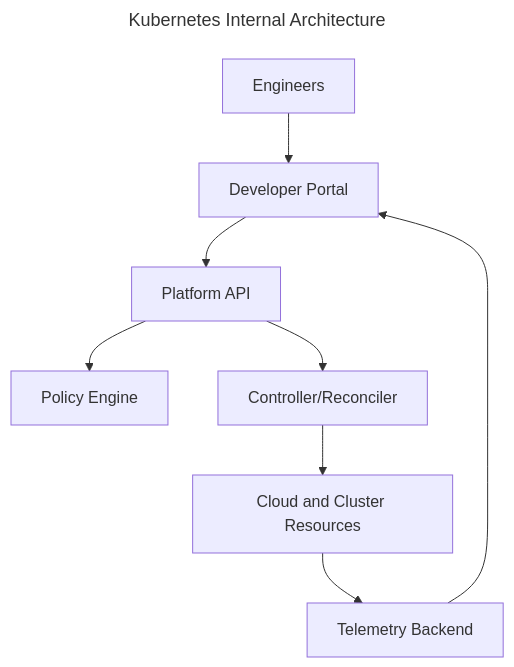
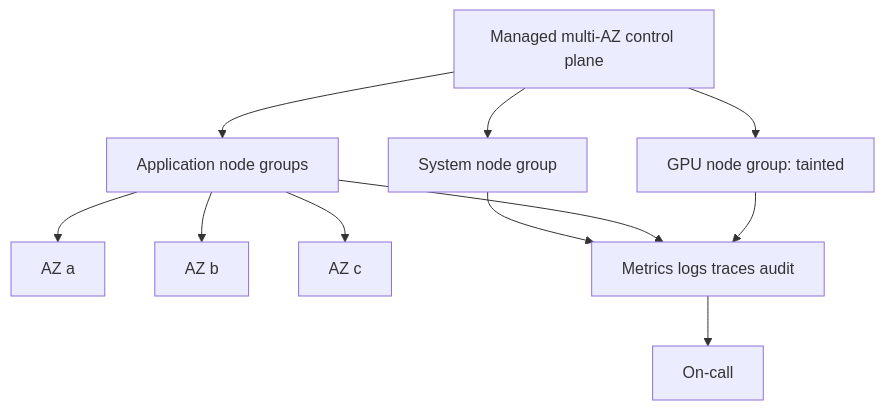
Before and after one commit to m1mohamad/devops-sre-prep: the fifth of 5 diagrams in docs/chapters/kubernetes.md, drawn with Mermaid. The commit also changed other lines of this file and 100 other files, not shown here.

````diff
--- a/docs/chapters/kubernetes.md
+++ b/docs/chapters/kubernetes.md
@@ -38,13 +195,14 @@
 ```mermaid
----
-title: Kubernetes Internal Architecture
----
 flowchart TB
-  Users[Engineers] --> Portal[Developer Portal]
-  Portal --> API[Platform API]
-  API --> Policy[Policy Engine]
-  API --> Controller[Controller/Reconciler]
-  Controller --> Infra[Cloud and Cluster Resources]
-  Infra --> Telemetry[Telemetry Backend]
-  Telemetry --> Portal
+  CP[Managed multi-AZ control plane]
+  CP --> Sys[System node group]
+  CP --> Apps[Application node groups]
+  CP --> GPU[GPU node group: tainted]
+  Apps --> AZa[AZ a]
+  Apps --> AZb[AZ b]
+  Apps --> AZc[AZ c]
+  Obs[Metrics logs traces audit] --> Oncall[On-call]
+  Sys --> Obs
+  Apps --> Obs
+  GPU --> Obs
 ```
````
